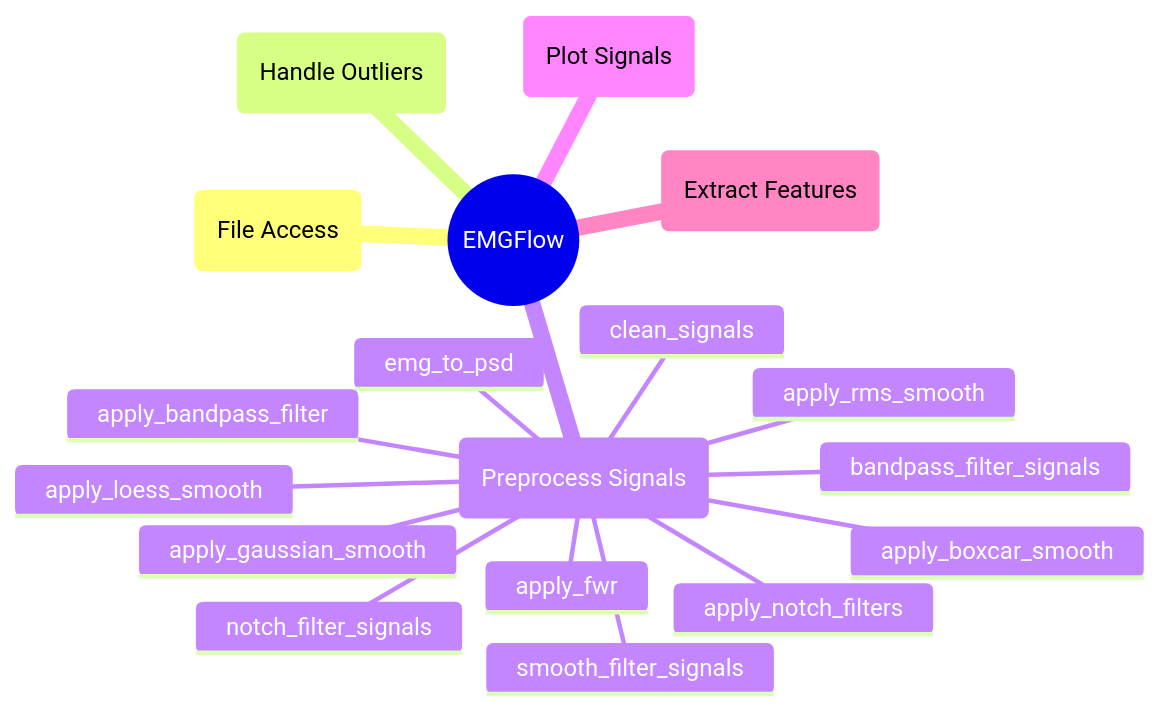
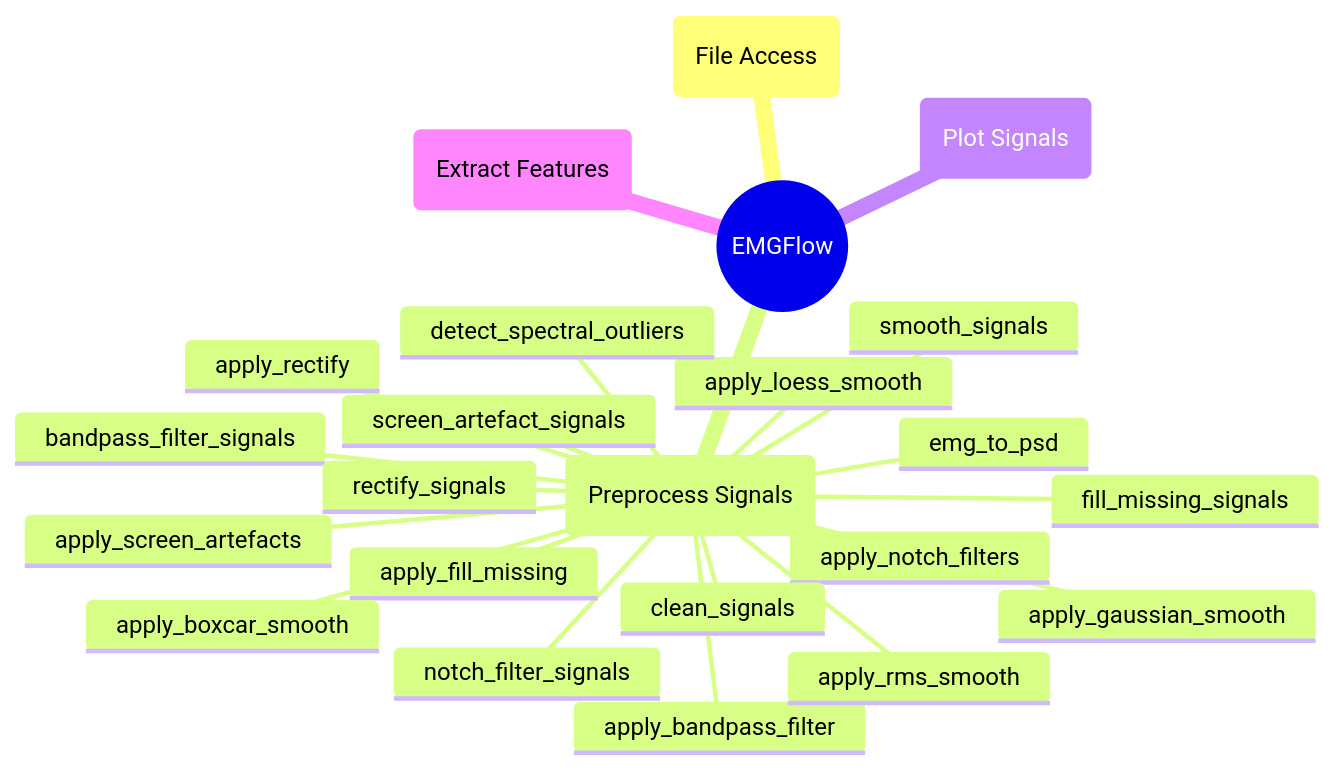
The diagram in docs/reference/preprocess-signals.md (WiIIson/EMGFlow-Python-Package), drawn with Mermaid before and after one commit. The commit also changed 3 other files, not shown here.

First line of the commit message:
Updated module layout mindmap

````diff
--- a/docs/reference/preprocess-signals.md
+++ b/docs/reference/preprocess-signals.md
@@ -7,21 +7,26 @@
 ```mermaid
 mindmap
     root((EMGFlow))
         AF(File Access)
-        HO(Handle Outliers)
         PrS(Preprocess Signals)
             emg_to_psd
             apply_notch_filters
             notch_filter_signals
             apply_bandpass_filter
             bandpass_filter_signals
-            apply_fwr
+            apply_rectify
+            rectify_signals
+            apply_screen_artefacts
+            screen_artefact_signals
+            apply_fill_missing
+            fill_missing_signals
             apply_boxcar_smooth
             apply_rms_smooth
             apply_gaussian_smooth
             apply_loess_smooth
-            smooth_filter_signals
+            smooth_signals
             clean_signals
+            detect_spectral_outliers
         PlS(Plot Signals)
         EF(Extract Features)
 ```
````
